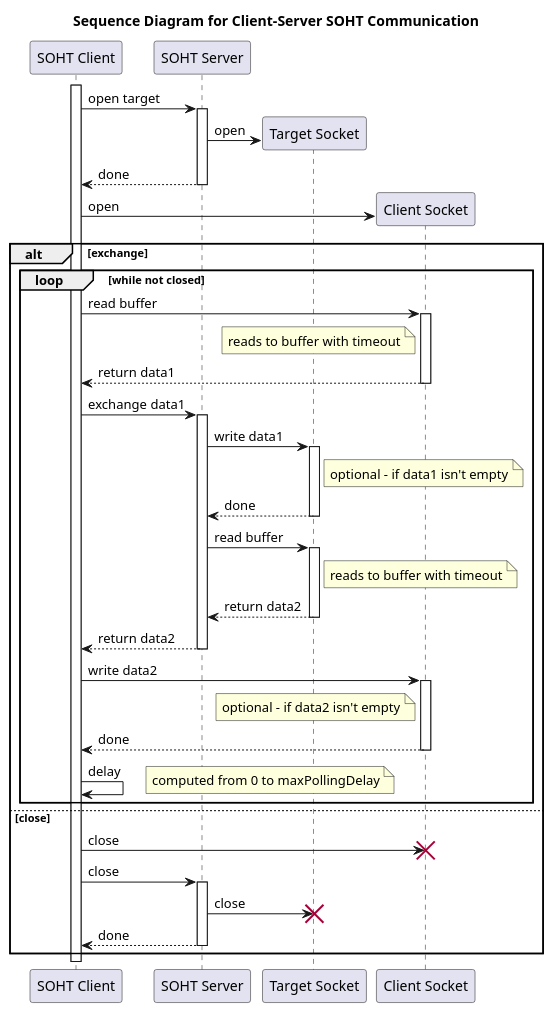
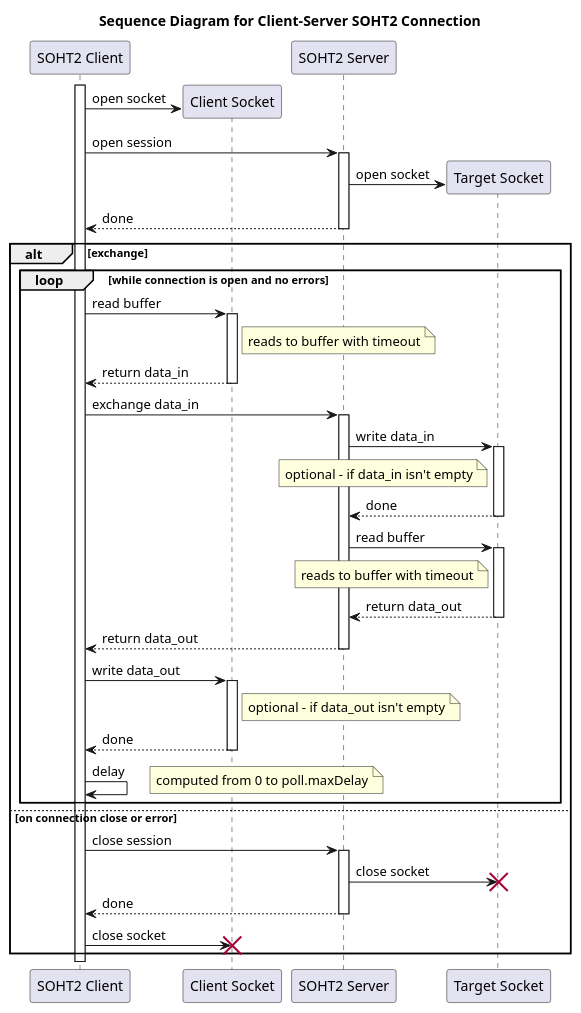
Before and after one commit to domax/soht2: the diagram in doc/sequence.puml, drawn with PlantUML. The commit also changed 14 other files, not shown here.

Commit message:
feat: update configuration properties and documentation for SOHT2; rename socket timeout properties and enhance README

```diff
--- a/doc/sequence.puml
+++ b/doc/sequence.puml
@@ -1,53 +1,53 @@
 @startuml
 'https://plantuml.com/sequence-diagram
-title Sequence Diagram for Client-Server SOHT Communication
+title Sequence Diagram for Client-Server SOHT2 Connection
 
 'autonumber
-activate "SOHT Client"
+activate "SOHT2 Client"
 
-"SOHT Client" -> "SOHT Server" ++: open target
-"SOHT Server" -> "Target Socket" **: open
-"SOHT Server" --> "SOHT Client" --: done
+"SOHT2 Client" -> "Client Socket" **: open socket
 
-"SOHT Client" -> "Client Socket" **: open
+"SOHT2 Client" -> "SOHT2 Server" ++: open session
+"SOHT2 Server" -> "Target Socket" **: open socket
+"SOHT2 Server" --> "SOHT2 Client" --: done
 
 alt exchange
 
-  loop while not closed
+  loop while connection is open and no errors
 
-    "SOHT Client" -> "Client Socket" ++: read buffer
-    note left of "Client Socket": reads to buffer with timeout
-    "SOHT Client" <-- "Client Socket" --: return data1
+    "SOHT2 Client" -> "Client Socket" ++: read buffer
+    note right of "Client Socket": reads to buffer with timeout
+    "SOHT2 Client" <-- "Client Socket" --: return data_in
 
-    "SOHT Client" -> "SOHT Server" ++: exchange data1
+    "SOHT2 Client" -> "SOHT2 Server" ++: exchange data_in
 
-    "SOHT Server" -> "Target Socket" ++: write data1
-    note right of "Target Socket": optional - if data1 isn't empty
-    "SOHT Server" <-- "Target Socket" --: done
+    "SOHT2 Server" -> "Target Socket" ++: write data_in
+    note left of "Target Socket": optional - if data_in isn't empty
+    "SOHT2 Server" <-- "Target Socket" --: done
 
-    "SOHT Server" -> "Target Socket" ++: read buffer
-    note right of "Target Socket": reads to buffer with timeout
-    "SOHT Server" <-- "Target Socket" --: return data2
+    "SOHT2 Server" -> "Target Socket" ++: read buffer
+    note left of "Target Socket": reads to buffer with timeout
+    "SOHT2 Server" <-- "Target Socket" --: return data_out
 
-    "SOHT Client" <-- "SOHT Server" --: return data2
+    "SOHT2 Client" <-- "SOHT2 Server" --: return data_out
 
-    "SOHT Client" -> "Client Socket" ++: write data2
-    note left of "Client Socket": optional - if data2 isn't empty
-    "SOHT Client" <-- "Client Socket" --: done
+    "SOHT2 Client" -> "Client Socket" ++: write data_out
+    note right of "Client Socket": optional - if data_out isn't empty
+    "SOHT2 Client" <-- "Client Socket" --: done
 
-    "SOHT Client" -> "SOHT Client": delay
-    note right: computed from 0 to maxPollingDelay
+    "SOHT2 Client" -> "SOHT2 Client": delay
+    note right: computed from 0 to poll.maxDelay
 
   end loop
 
-else close
+else on connection close or error
 
-  "SOHT Client" -> "Client Socket" !!: close
+  "SOHT2 Client" -> "SOHT2 Server" ++: close session
+  "SOHT2 Server" -> "Target Socket" !!: close socket
+  "SOHT2 Client" <-- "SOHT2 Server" --: done
 
-  "SOHT Client" -> "SOHT Server" ++: close
-  "SOHT Server" -> "Target Socket" !!: close
-  "SOHT Client" <-- "SOHT Server" --: done
+  "SOHT2 Client" -> "Client Socket" !!: close socket
 
 end alt
 
 @enduml
```
